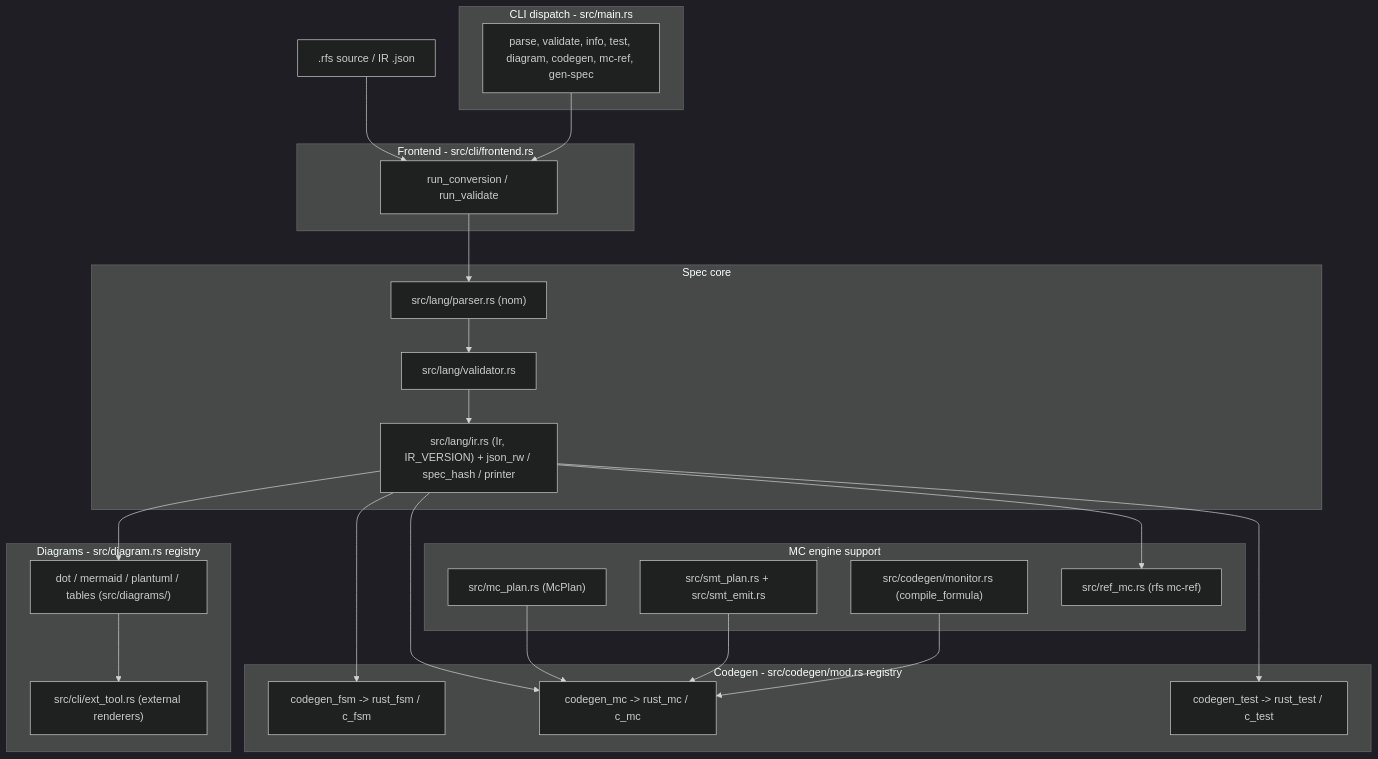
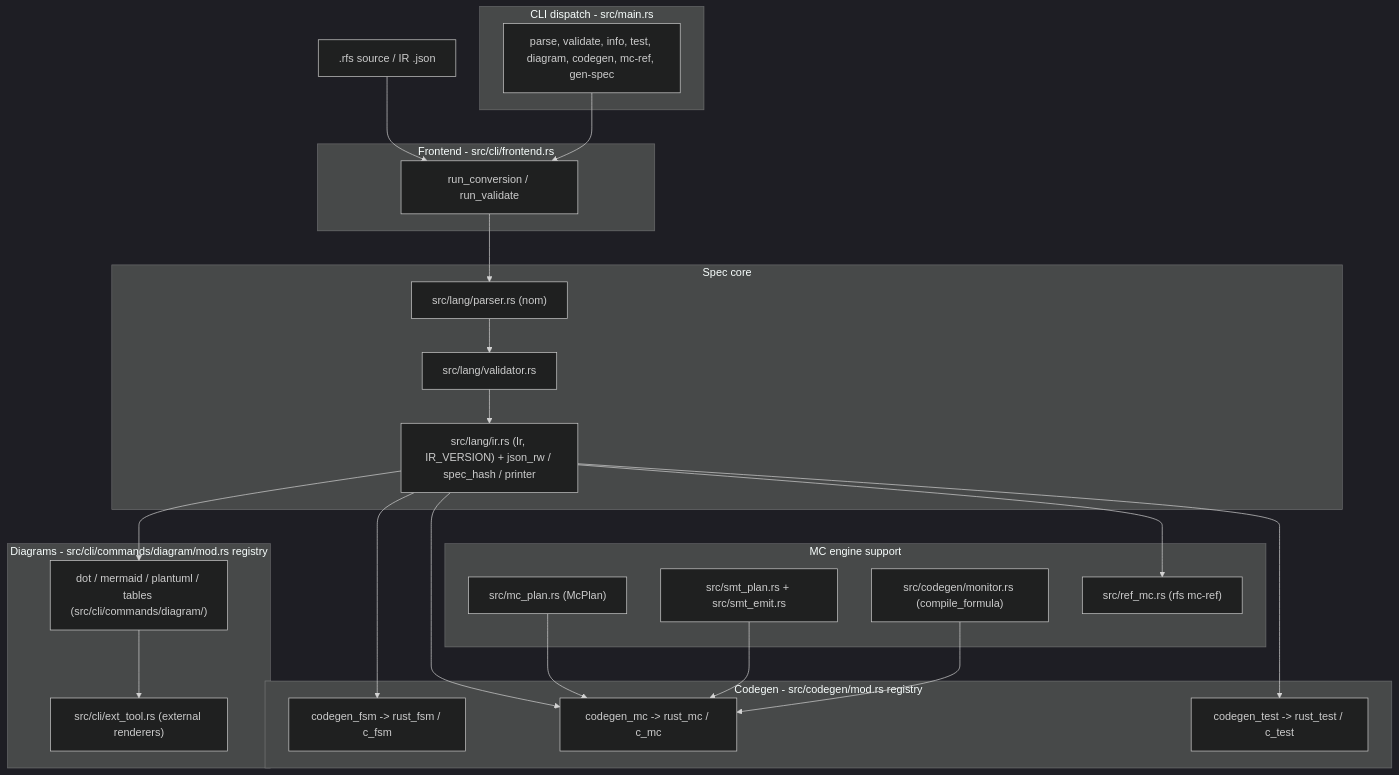
The first of 2 diagrams in docs/dev/ARCHITECTURE.md (vasil-sd/RFS), drawn with Mermaid (dark theme) before and after one commit. The commit also changed other lines of this file and 35 other files, not shown here.

````diff
--- a/docs/dev/ARCHITECTURE.md
+++ b/docs/dev/ARCHITECTURE.md
@@ -59,51 +59,51 @@
 ```mermaid
 flowchart TD
     IN[".rfs source / IR .json"]
 
     subgraph CLI["CLI dispatch - src/main.rs"]
         CMD["parse, validate, info, test, diagram, codegen, mc-ref, gen-spec"]
     end
 
     subgraph FE["Frontend - src/cli/frontend.rs"]
         CONV["run_conversion / run_validate"]
     end
 
     subgraph CORE["Spec core"]
         PARSER["src/lang/parser.rs (nom)"]
         VALID["src/lang/validator.rs"]
         IR["src/lang/ir.rs (Ir, IR_VERSION) + json_rw / spec_hash / printer"]
     end
 
     subgraph GEN["Codegen - src/codegen/mod.rs registry"]
         FSM["codegen_fsm -> rust_fsm / c_fsm"]
         MC["codegen_mc -> rust_mc / c_mc"]
         TEST["codegen_test -> rust_test / c_test"]
     end
 
     subgraph MCE["MC engine support"]
         MCP["src/mc_plan.rs (McPlan)"]
         SMT["src/smt_plan.rs + src/smt_emit.rs"]
         MON["src/codegen/monitor.rs (compile_formula)"]
         REF["src/ref_mc.rs (rfs mc-ref)"]
     end
 
-    subgraph DIAG["Diagrams - src/diagram.rs registry"]
-        PLUG["dot / mermaid / plantuml / tables (src/diagrams/)"]
+    subgraph DIAG["Diagrams - src/cli/commands/diagram/mod.rs registry"]
+        PLUG["dot / mermaid / plantuml / tables (src/cli/commands/diagram/)"]
         EXT["src/cli/ext_tool.rs (external renderers)"]
     end
 
     IN --> CONV
     CMD --> CONV
     CONV --> PARSER
     PARSER --> VALID
     VALID --> IR
     IR --> FSM
     IR --> MC
     IR --> TEST
     IR --> PLUG
     MCP --> MC
     SMT --> MC
     MON --> MC
     IR --> REF
     PLUG --> EXT
 ```
````
